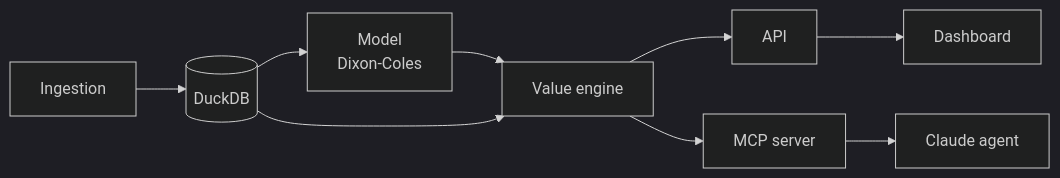
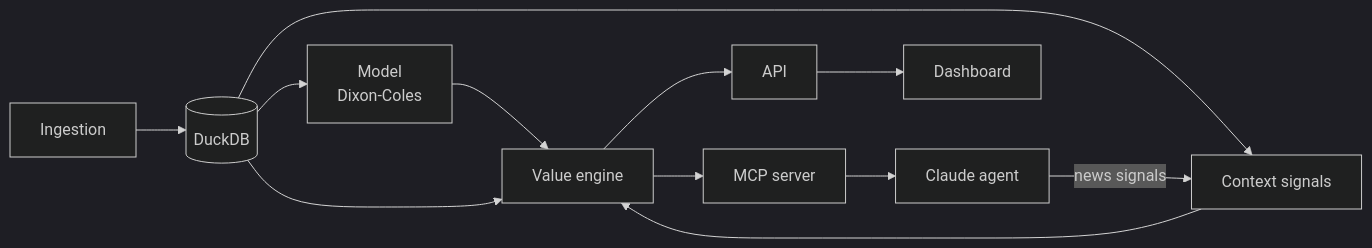
The diagram in docs/architecture.md (bigkd/value-betting-agent), drawn with Mermaid (dark theme) before and after one commit. The commit also changed other lines of this file, not shown here.

Commit message:
docs: add context signals to architecture

````diff
--- a/docs/architecture.md
+++ b/docs/architecture.md
@@ -5,11 +5,14 @@
 ```mermaid
 flowchart LR
     A[Ingestion] --> B[(DuckDB)]
     B --> C[Model<br/>Dixon-Coles]
+    B --> S[Context signals]
     C --> D[Value engine]
+    S --> D
     B --> D
     D --> E[API]
     D --> F[MCP server]
     F --> G[Claude agent]
+    G -->|news signals| S
     E --> H[Dashboard]
 ```
````
